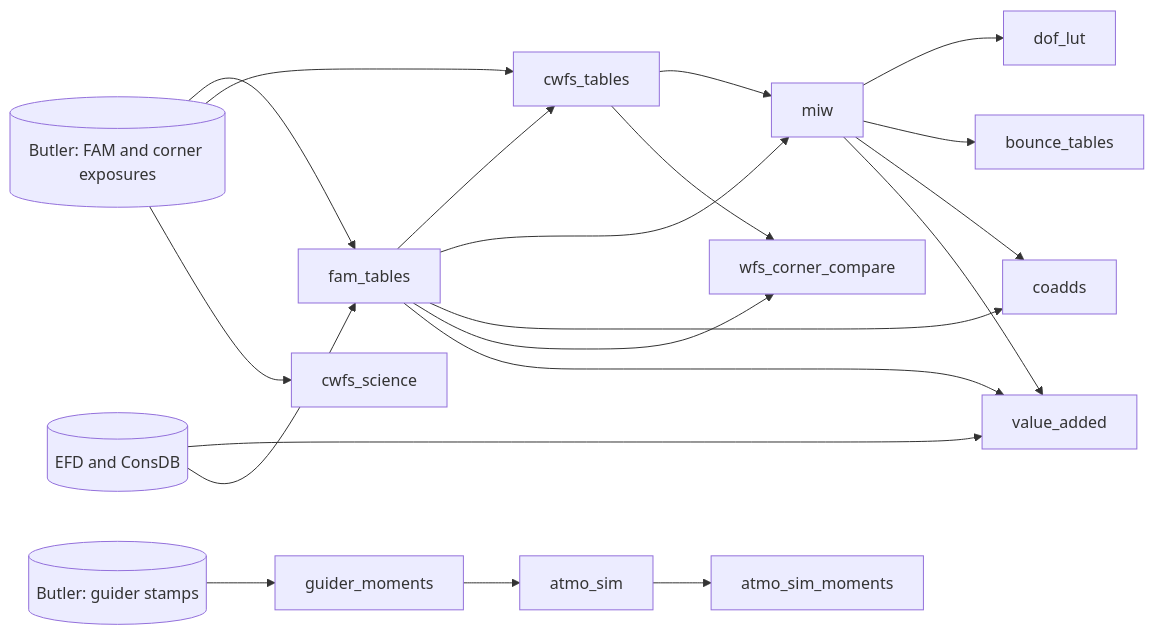
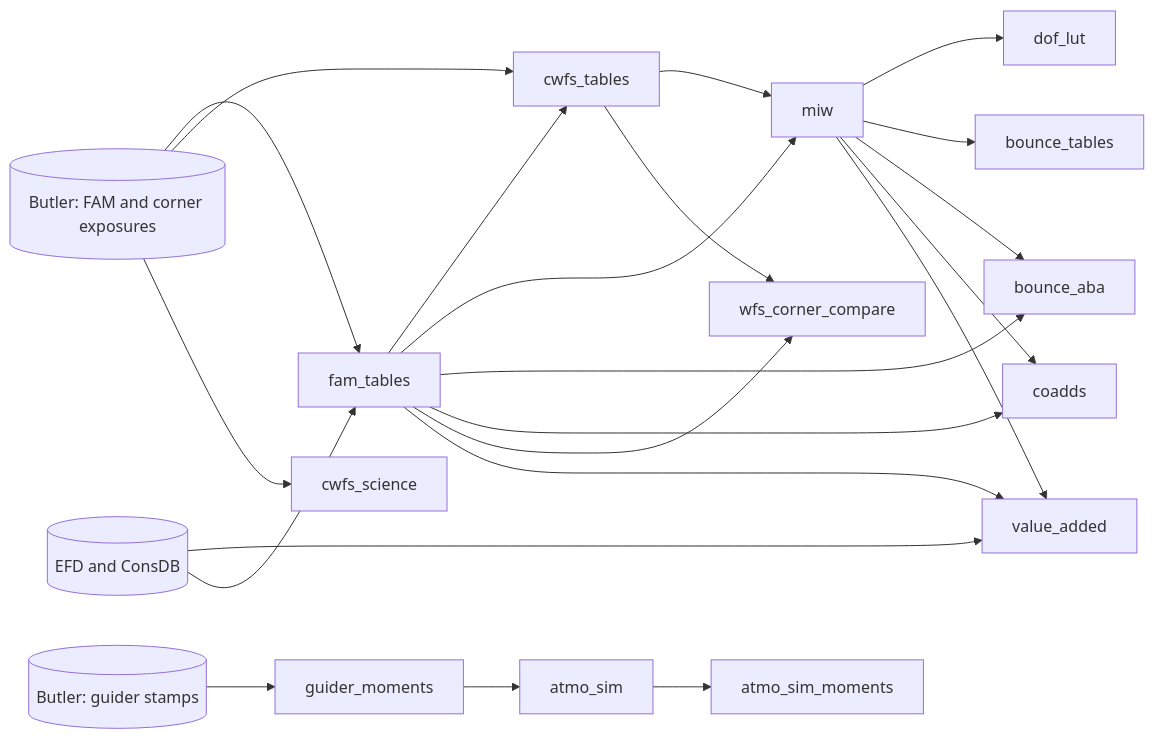
The diagram in rubinwork/products/README.md (aaronroodman/rubin-work), drawn with Mermaid before and after one commit. The commit also changed other lines of this file and 12 other files, not shown here.

First line of the commit message:
bounce_aba product (A–B–A, 22/12 batoid built) and 22/12-only PDF

````diff
--- a/rubinwork/products/README.md
+++ b/rubinwork/products/README.md
@@ -25,22 +25,24 @@
 ```mermaid
 flowchart LR
     butler[(Butler: FAM and corner exposures)] --> fam_tables
     butler --> cwfs_tables
     fam_tables --> cwfs_tables
     fam_tables --> miw
     cwfs_tables --> miw
     miw --> dof_lut
     miw --> bounce_tables
+    miw --> bounce_aba
+    fam_tables --> bounce_aba
     miw --> coadds
     fam_tables --> coadds
     fam_tables --> wfs_corner_compare
     cwfs_tables --> wfs_corner_compare
     efd[(EFD and ConsDB)] --> value_added
     fam_tables --> value_added
     miw --> value_added
     efd --> fam_tables
     butler --> cwfs_science
     guider[(Butler: guider stamps)] --> guider_moments
     guider_moments --> atmo_sim
     atmo_sim --> atmo_sim_moments
 ```
````
